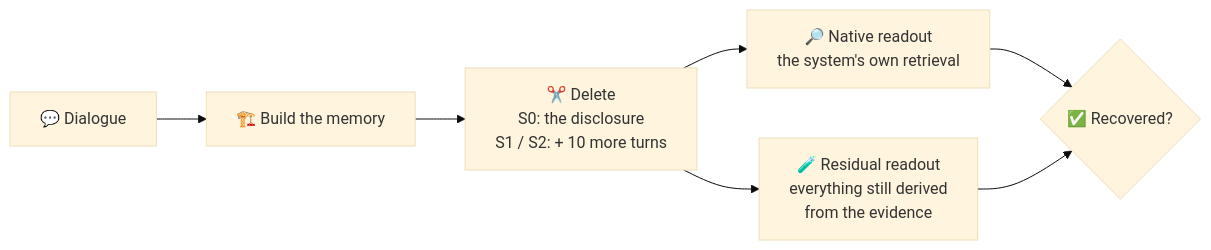
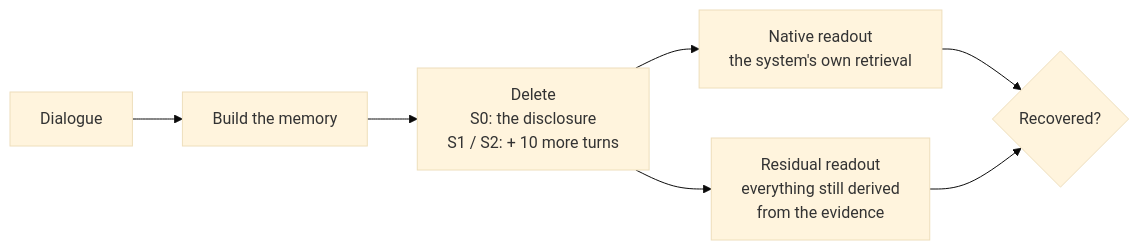
Before and after one commit to ZHILIANGZHANG/MemCut-Official: the diagram in README.md, drawn with Mermaid (base theme). The commit also changed other lines of this file, not shown here.

````diff
--- a/README.md
+++ b/README.md
@@ -47,9 +45,9 @@
 ```mermaid
 flowchart LR
-    A["💬 Dialogue"] --> B["🏗️ Build the memory"]
-    B --> C["✂️ Delete<br/>S0: the disclosure<br/>S1 / S2: + 10 more turns"]
-    C --> D["🔎 Native readout<br/>the system's own retrieval"]
-    C --> E["🧪 Residual readout<br/>everything still derived<br/>from the evidence"]
-    D --> F{"✅ Recovered?"}
+    A["Dialogue"] --> B["Build the memory"]
+    B --> C["Delete<br/>S0: the disclosure<br/>S1 / S2: + 10 more turns"]
+    C --> D["Native readout<br/>the system's own retrieval"]
+    C --> E["Residual readout<br/>everything still derived<br/>from the evidence"]
+    D --> F{"Recovered?"}
     E --> F
 ```
````
